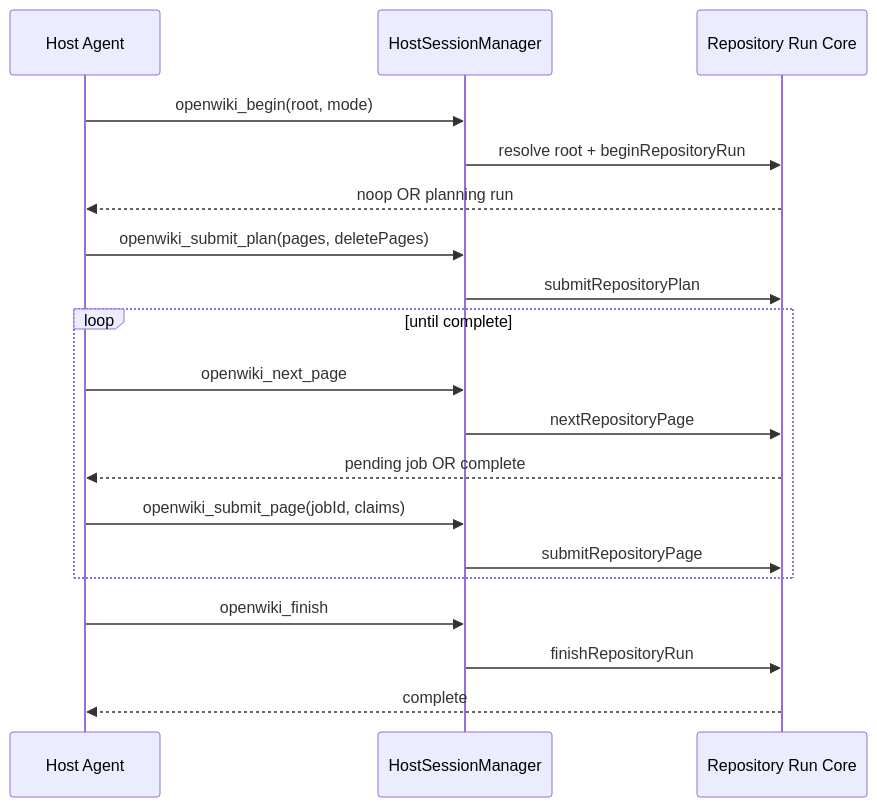
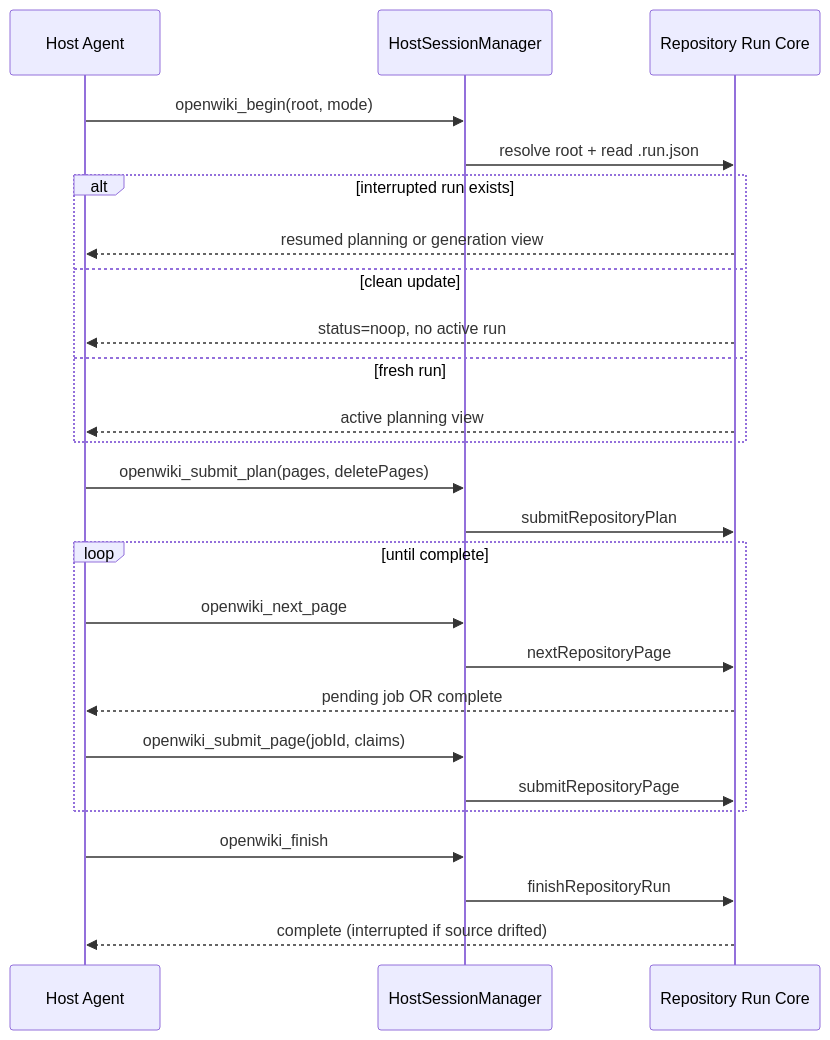
One commit to langchain-ai/openwiki changed the diagram in openwiki/integrations/coding-agents.md. Above: the diagram before and after it, drawn with Mermaid. The commit also changed other lines of this file and 7 other files, not shown here.

````diff
--- a/openwiki/integrations/coding-agents.md
+++ b/openwiki/integrations/coding-agents.md
@@ -103,21 +110,27 @@
 ```mermaid
 sequenceDiagram
     participant Host as Host Agent
     participant SM as HostSessionManager
     participant Core as Repository Run Core
     Host->>SM: openwiki_begin(root, mode)
-    SM->>Core: resolve root + beginRepositoryRun
-    Core-->>Host: noop OR planning run
+    SM->>Core: resolve root + read .run.json
+    alt interrupted run exists
+        Core-->>Host: resumed planning or generation view
+    else clean update
+        Core-->>Host: status=noop, no active run
+    else fresh run
+        Core-->>Host: active planning view
+    end
     Host->>SM: openwiki_submit_plan(pages, deletePages)
     SM->>Core: submitRepositoryPlan
     loop until complete
         Host->>SM: openwiki_next_page
         SM->>Core: nextRepositoryPage
         Core-->>Host: pending job OR complete
         Host->>SM: openwiki_submit_page(jobId, claims)
         SM->>Core: submitRepositoryPage
     end
     Host->>SM: openwiki_finish
     SM->>Core: finishRepositoryRun
-    Core-->>Host: complete
+    Core-->>Host: complete (interrupted if source drifted)
 ```
````
